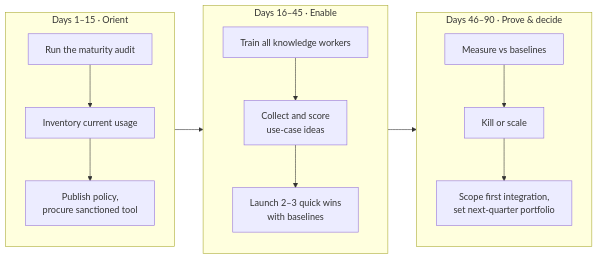
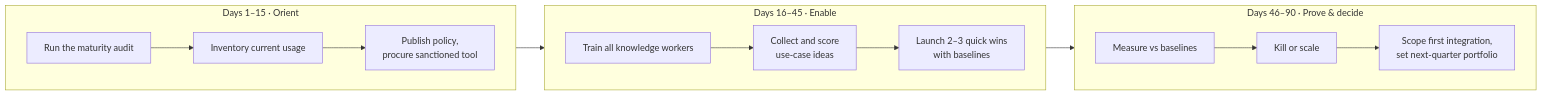
One commit to michem/ai_consulting changed the first of 2 diagrams in content/getting-started-with-ai.md. Above: the diagram before and after it, drawn with Mermaid. The commit also changed other lines of this file, not shown here.

````diff
--- a/content/getting-started-with-ai.md
+++ b/content/getting-started-with-ai.md
@@ -76,16 +67,16 @@
 ```mermaid
 flowchart LR
     subgraph P1["Days 1–15 · Orient"]
-        direction TB
+        direction LR
         A1["Run the maturity audit"] --> A2["Inventory current usage"] --> A3["Publish policy,<br/>procure sanctioned tool"]
     end
     subgraph P2["Days 16–45 · Enable"]
-        direction TB
+        direction LR
         B1["Train all knowledge workers"] --> B2["Collect and score<br/>use-case ideas"] --> B3["Launch 2–3 quick wins<br/>with baselines"]
     end
     subgraph P3["Days 46–90 · Prove & decide"]
-        direction TB
+        direction LR
         C1["Measure vs baselines"] --> C2["Kill or scale"] --> C3["Scope first integration,<br/>set next-quarter portfolio"]
     end
     P1 --> P2 --> P3
 ```
````
